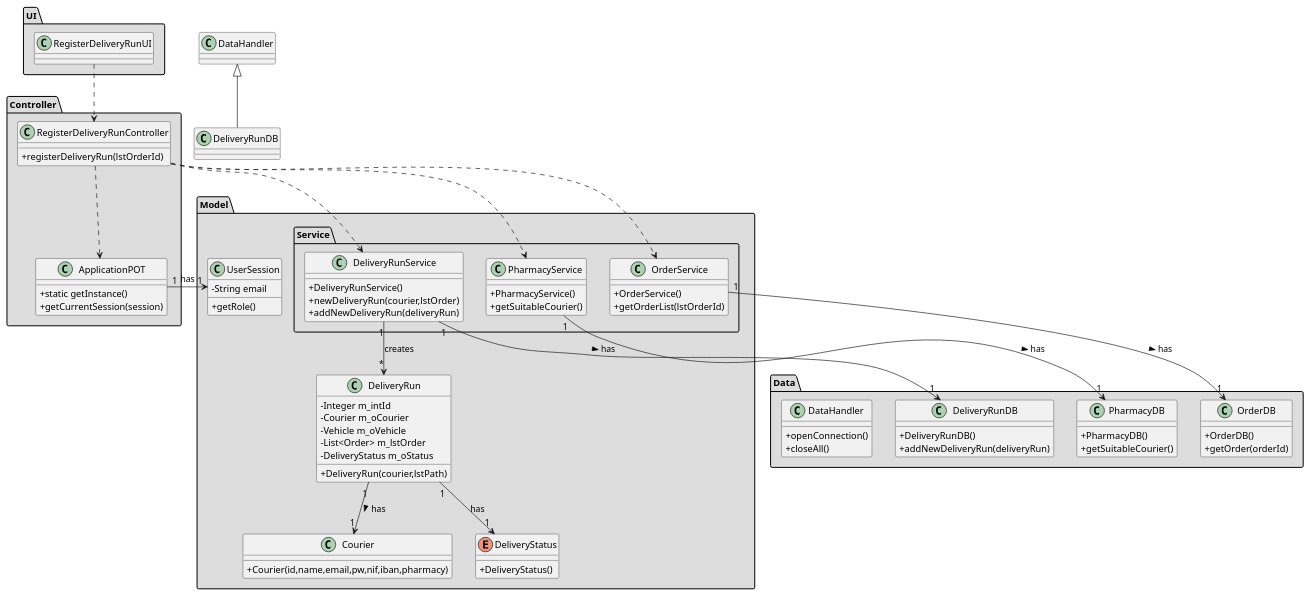
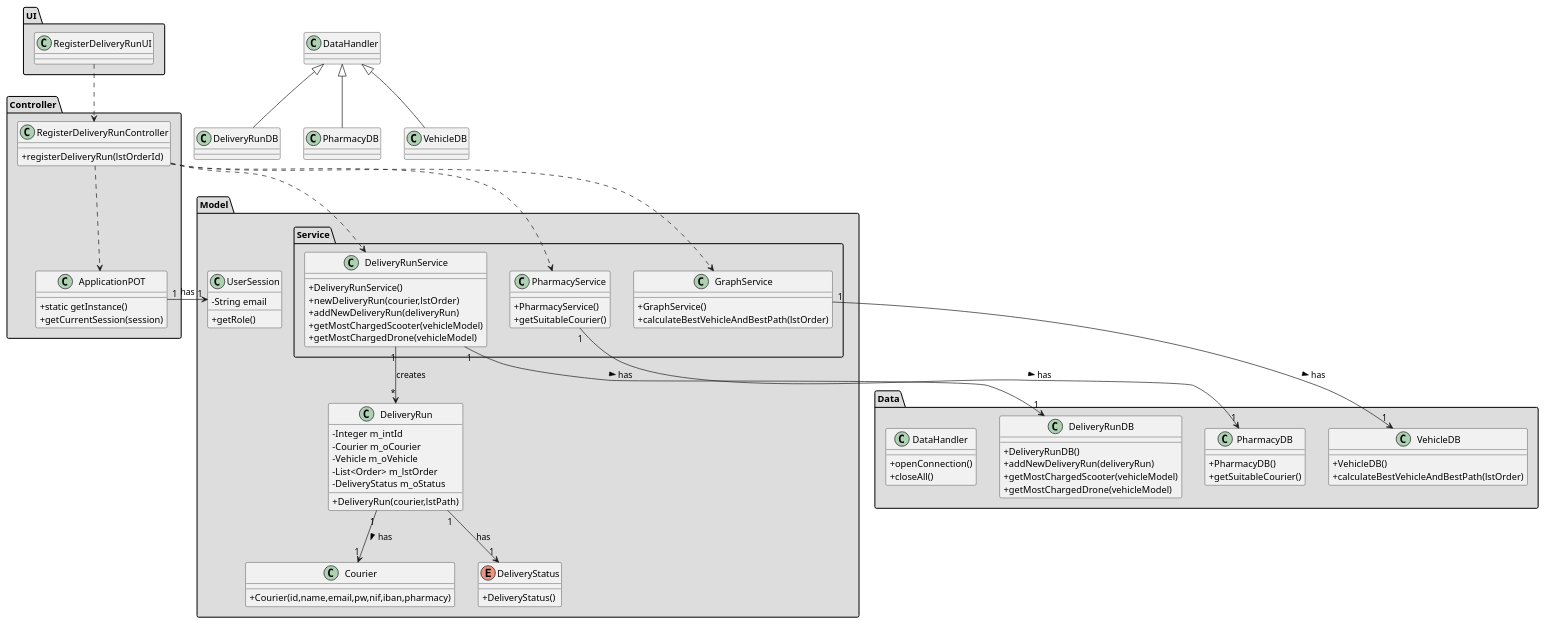
Before and after one commit to tiagoavcosta25/LAPR3: the diagram in docs/Iteration 3/Delivery Management/Refinement/US206_RegisterDeliveryRun/US206_CD.puml, drawn with PlantUML. The commit also changed 2 other files, not shown here.

Commit message:
LAPR2AP2-206 #fixing RegisterDeliveryRun [Implementation]

```diff
--- a/docs/Iteration 3/Delivery Management/Refinement/US206_RegisterDeliveryRun/US206_CD.puml
+++ b/docs/Iteration 3/Delivery Management/Refinement/US206_RegisterDeliveryRun/US206_CD.puml
@@ -1,125 +1,133 @@
 @startuml
 skinparam classAttributeIconSize 0
 
 
 package "Controller" #DDDDDD {
 class ApplicationPOT
 {
   +static getInstance()
   +getCurrentSession(session)
 }
 }
 
 package "Data" #DDDDDD {
 
 class DeliveryRunDB {
 +DeliveryRunDB()
 +addNewDeliveryRun(deliveryRun)
++getMostChargedScooter(vehicleModel)
++getMostChargedDrone(vehicleModel)
 }
 
 class PharmacyDB {
 +PharmacyDB()
 +getSuitableCourier()
 }
 
-class OrderDB {
-+OrderDB()
-+getOrder(orderId)
+class VehicleDB {
++VehicleDB()
++calculateBestVehicleAndBestPath(lstOrder)
 }
+
 
 class DataHandler{
 +openConnection()
 +closeAll()
 }
 
 }
 
 package "UI" #DDDDDD {
 class RegisterDeliveryRunUI{
 
 }
 
 
 
 }
 
 
 package "Controller" #DDDDDD {
 class RegisterDeliveryRunController{
 +registerDeliveryRun(lstOrderId)
 }
 }
 
 
 package "Model" #DDDDDD {
 
 
 class Courier{
 +Courier(id,name,email,pw,nif,iban,pharmacy)
 }
 
 class DeliveryRun{
 -Integer m_intId
 -Courier m_oCourier
 -Vehicle m_oVehicle
 -List<Order> m_lstOrder
 -DeliveryStatus m_oStatus
 +DeliveryRun(courier,lstPath)
 }
 
 }
 
 package "Model" #DDDDDD {
 class UserSession{
 -String email
 +getRole()
 }
 
 package "Service" #DDDDDD {
 
 
 class DeliveryRunService {
 +DeliveryRunService()
 +newDeliveryRun(courier,lstOrder)
 +addNewDeliveryRun(deliveryRun)
++getMostChargedScooter(vehicleModel)
++getMostChargedDrone(vehicleModel)
 }
 
 class PharmacyService {
 +PharmacyService()
 +getSuitableCourier()
 }
 
-class OrderService {
-+OrderService()
-+getOrderList(lstOrderId)
+class GraphService {
++GraphService()
++calculateBestVehicleAndBestPath(lstOrder)
 }
+
 
 }
 
 enum DeliveryStatus{
 +DeliveryStatus()
 }
 }
 
 
 
 
 
 
 RegisterDeliveryRunUI ..> RegisterDeliveryRunController
 RegisterDeliveryRunController ..> DeliveryRunService
+RegisterDeliveryRunController ..> GraphService
 RegisterDeliveryRunController ..> ApplicationPOT
 RegisterDeliveryRunController ..> PharmacyService
-RegisterDeliveryRunController ..> OrderService
-OrderService "1" --> "1" OrderDB : has >
 PharmacyService "1" --> "1" PharmacyDB : has >
 DeliveryRunService "1" --> "1" DeliveryRunDB : has >
+GraphService "1" --> "1" VehicleDB : has >
 DeliveryRun "1" --> "1" Courier : has >
 DeliveryRun "1" --> "1" DeliveryStatus : has
 
 DeliveryRunService "1" --> "*" DeliveryRun : creates
 
 class DeliveryRunDB extends DataHandler
+class PharmacyDB extends DataHandler
+class VehicleDB extends DataHandler
 ApplicationPOT "1" -> "1" UserSession : has
 
 @enduml
```
